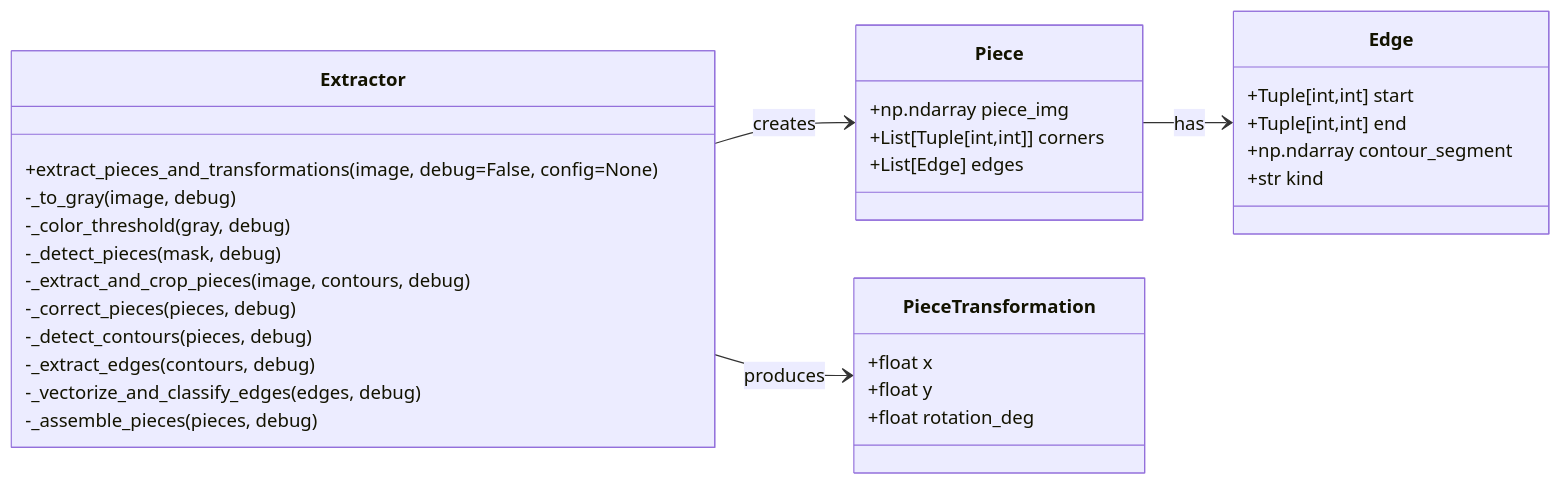
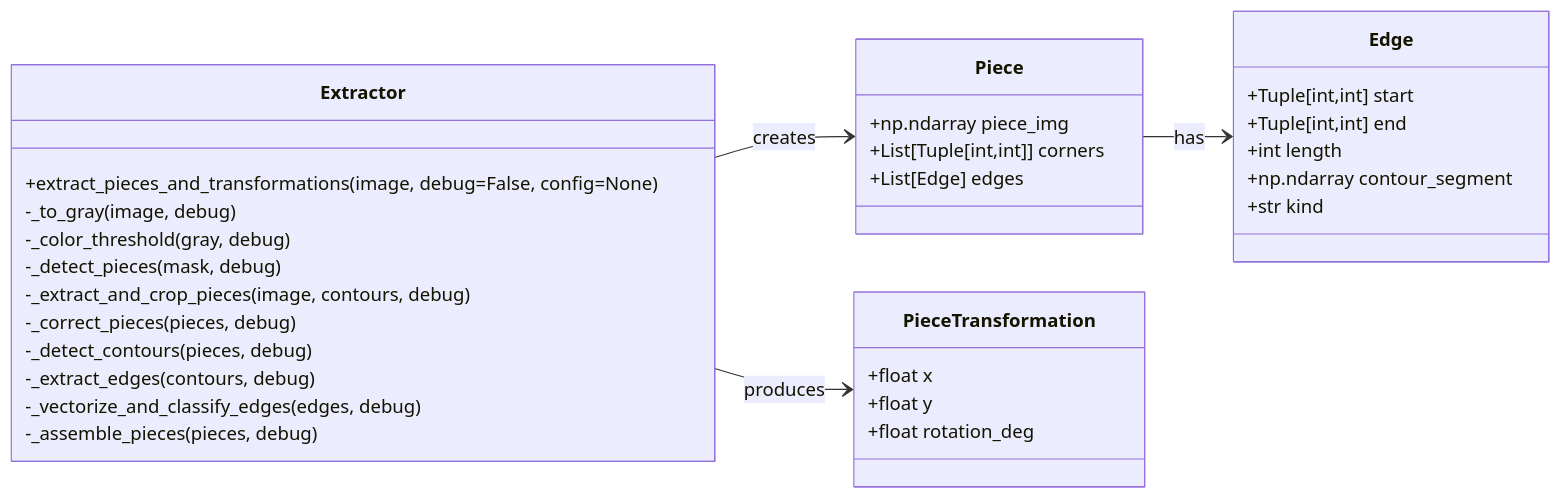
One commit to Mcapozzolo/PuzzleSimulator changed the first of 2 diagrams in API_SPEC_EXTRACTOR.md. Above: the diagram before and after it, drawn with Mermaid. The commit also changed other lines of this file, not shown here.

First line of the commit message:
Modify Edge class to include length parameter

````diff
--- a/API_SPEC_EXTRACTOR.md
+++ b/API_SPEC_EXTRACTOR.md
@@ -111,40 +112,41 @@
 ```mermaid
 classDiagram
     direction LR
 
     class Piece {
         +np.ndarray piece_img
         +List[Tuple[int,int]] corners
         +List[Edge] edges
     }
 
     class Edge {
         +Tuple[int,int] start
         +Tuple[int,int] end
+        +int length
         +np.ndarray contour_segment
         +str kind
     }
 
     class PieceTransformation {
         +float x
         +float y
         +float rotation_deg
     }
 
     class Extractor {
         +extract_pieces_and_transformations(image, debug=False, config=None)
         -_to_gray(image, debug)
         -_color_threshold(gray, debug)
         -_detect_pieces(mask, debug)
         -_extract_and_crop_pieces(image, contours, debug)
         -_correct_pieces(pieces, debug)
         -_detect_contours(pieces, debug)
         -_extract_edges(contours, debug)
         -_vectorize_and_classify_edges(edges, debug)
         -_assemble_pieces(pieces, debug)
     }
 
     Extractor --> Piece : creates
     Piece --> Edge : has
     Extractor --> PieceTransformation : produces
 ```
````
